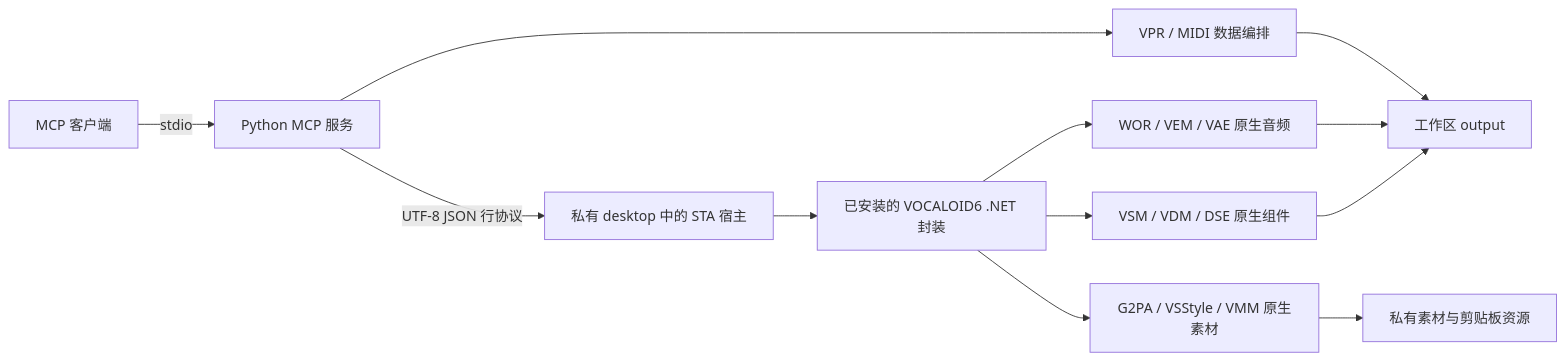
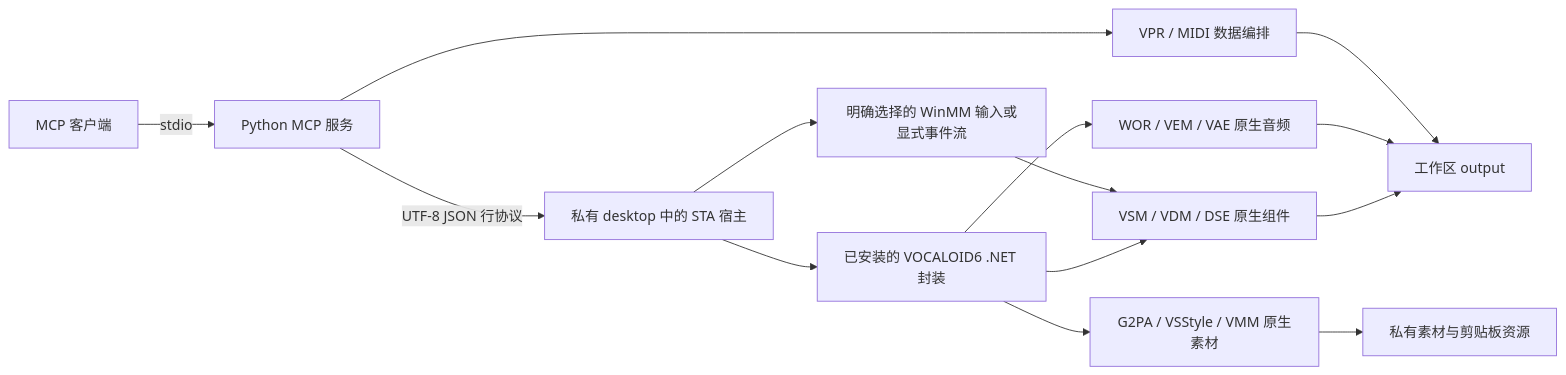
One commit to Asakitan/vocaloid_bridge changed the diagram in docs/architecture.md. Above: the diagram before and after it, drawn with Mermaid. The commit also changed other lines of this file and 31 other files, not shown here.

````diff
--- a/docs/architecture.md
+++ b/docs/architecture.md
@@ -3,14 +3,16 @@
 ```mermaid
 flowchart LR
     Client[MCP 客户端] -->|stdio| Python[Python MCP 服务]
     Python -->|UTF-8 JSON 行协议| Native[私有 desktop 中的 STA 宿主]
     Native --> Wrapper[已安装的 VOCALOID6 .NET 封装]
     Wrapper --> Engine[VSM / VDM / DSE 原生组件]
     Wrapper --> Audio[WOR / VEM / VAE 原生音频]
     Wrapper --> Library[G2PA / VSStyle / VMM 原生素材]
+    Native --> MIDI[明确选择的 WinMM 输入或显式事件流]
+    MIDI --> Engine
     Python --> Score[VPR / MIDI 数据编排]
     Engine --> Output[工作区 output]
     Audio --> Output
     Library --> Private[私有素材与剪贴板资源]
     Score --> Output
 ```
````
